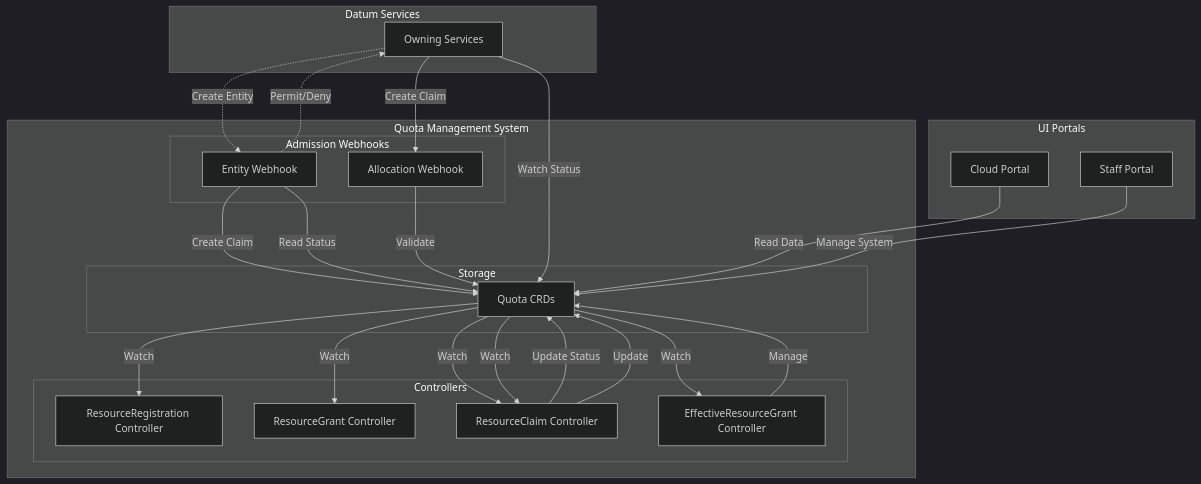
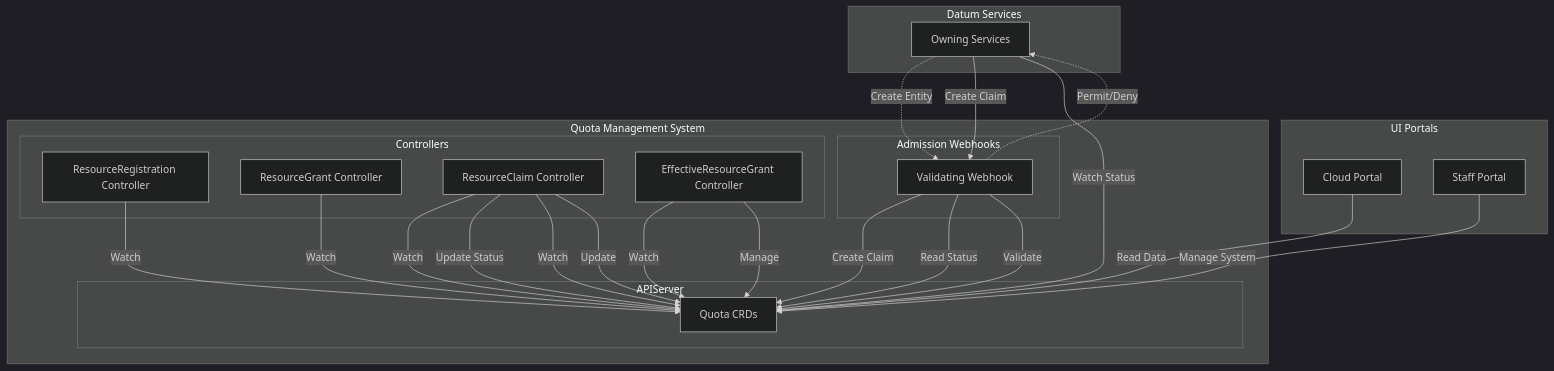
The second of 4 diagrams in enhancements/platform/quota-management/README.md (datum-cloud/enhancements), drawn with Mermaid (dark theme) before and after one commit.

Commit message:
fix(quota): updates c2 diagram

````diff
--- a/enhancements/platform/quota-management/README.md
+++ b/enhancements/platform/quota-management/README.md
@@ -1140,54 +1140,54 @@
 ```mermaid
 graph TD
     subgraph UIPortals["UI Portals"]
         CloudPortal["Cloud Portal"]
         StaffPortal["Staff Portal"]
     end
 
     subgraph DatumServices["Datum Services"]
         OwningServices["Owning Services"]
     end
 
     subgraph QuotaSystem["Quota Management System"]
         subgraph Webhooks["Admission Webhooks"]
-            EntityWebhook["Entity Webhook"]
-            AllocationWebhook["Allocation Webhook"]
+            ValidatingWebhook["Validating Webhook"]
+            ValidatingWebhook["Validating Webhook"]
         end
         
         subgraph Controllers["Controllers"]
             RegistrationCtrl["ResourceRegistration Controller"]
             GrantCtrl["ResourceGrant Controller"]
             ClaimCtrl["ResourceClaim Controller"]
             EffectiveCtrl["EffectiveResourceGrant Controller"]
         end
         
-        subgraph Storage["Storage"]
+        subgraph Storage["APIServer"]
             CRDs["Quota CRDs"]
         end
     end
 
     %% Entity Flow (Synchronous)
-    OwningServices -.->|"Create Entity"| EntityWebhook
-    EntityWebhook -->|"Create Claim"| CRDs
-    CRDs -->|"Watch"| ClaimCtrl
+    OwningServices -.->|"Create Entity"| ValidatingWebhook
+    ValidatingWebhook -->|"Create Claim"| CRDs
+    ClaimCtrl -->|"Watch"| CRDs
     ClaimCtrl -->|"Update Status"| CRDs
-    EntityWebhook -->|"Read Status"| CRDs
-    EntityWebhook -.->|"Permit/Deny"| OwningServices
+    ValidatingWebhook -->|"Read Status"| CRDs
+    ValidatingWebhook -.->|"Permit/Deny"| OwningServices
 
     %% Allocation Flow (Asynchronous)
-    OwningServices -->|"Create Claim"| AllocationWebhook
-    AllocationWebhook -->|"Validate"| CRDs
-    CRDs -->|"Watch"| ClaimCtrl
+    OwningServices -->|"Create Claim"| ValidatingWebhook
+    ValidatingWebhook -->|"Validate"| CRDs
+    ClaimCtrl -->|"Watch"| CRDs
     ClaimCtrl -->|"Update"| CRDs
     OwningServices -->|"Watch Status"| CRDs
 
     %% Controller Operations
-    CRDs -->|"Watch"| RegistrationCtrl
-    CRDs -->|"Watch"| GrantCtrl
-    CRDs -->|"Watch"| EffectiveCtrl
+    RegistrationCtrl -->|"Watch"| CRDs
+    GrantCtrl -->|"Watch"| CRDs
+    EffectiveCtrl -->|"Watch"| CRDs
     EffectiveCtrl -->|"Manage"| CRDs
 
     %% UI Access
     CloudPortal -->|"Read Data"| CRDs
     StaffPortal -->|"Manage System"| CRDs
 ```
````
